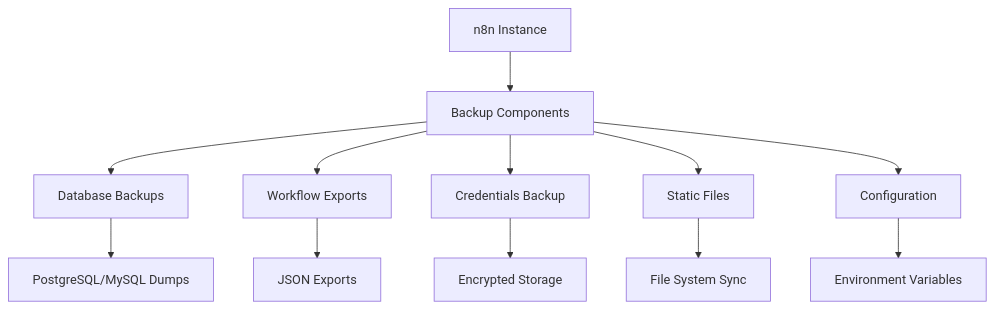
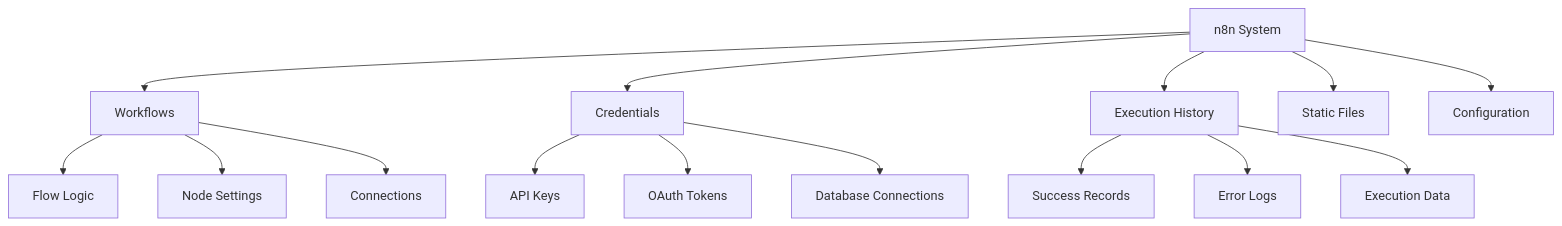
The diagram in universities/automation/n8n-developer/backup-strategies.mdx (dougwithseismic/docs), drawn with Mermaid before and after one commit. The commit also changed other lines of this file and 6 other files, not shown here.

````diff
--- a/universities/automation/n8n-developer/backup-strategies.mdx
+++ b/universities/automation/n8n-developer/backup-strategies.mdx
@@ -10,15 +18,20 @@
 ```mermaid
 graph TB
-    A[n8n Instance] --> B[Backup Components]
-    B --> C[Database Backups]
-    B --> D[Workflow Exports]
-    B --> E[Credentials Backup]
-    B --> F[Static Files]
-    B --> G[Configuration]
+    A[n8n System] --> B[Workflows]
+    A --> C[Credentials]
+    A --> D[Execution History]
+    A --> E[Static Files]
+    A --> F[Configuration]
 
-    C --> H[PostgreSQL/MySQL Dumps]
-    D --> I[JSON Exports]
-    E --> J[Encrypted Storage]
-    F --> K[File System Sync]
-    G --> L[Environment Variables]
+    B --> B1[Flow Logic]
+    B --> B2[Node Settings]
+    B --> B3[Connections]
+
+    C --> C1[API Keys]
+    C --> C2[OAuth Tokens]
+    C --> C3[Database Connections]
+
+    D --> D1[Success Records]
+    D --> D2[Error Logs]
+    D --> D3[Execution Data]
 ```
````
